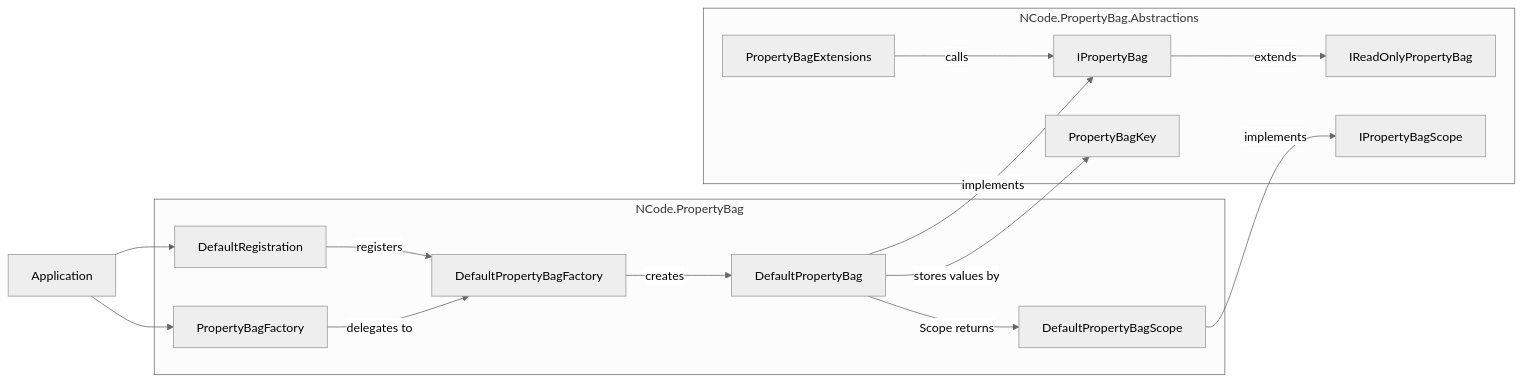
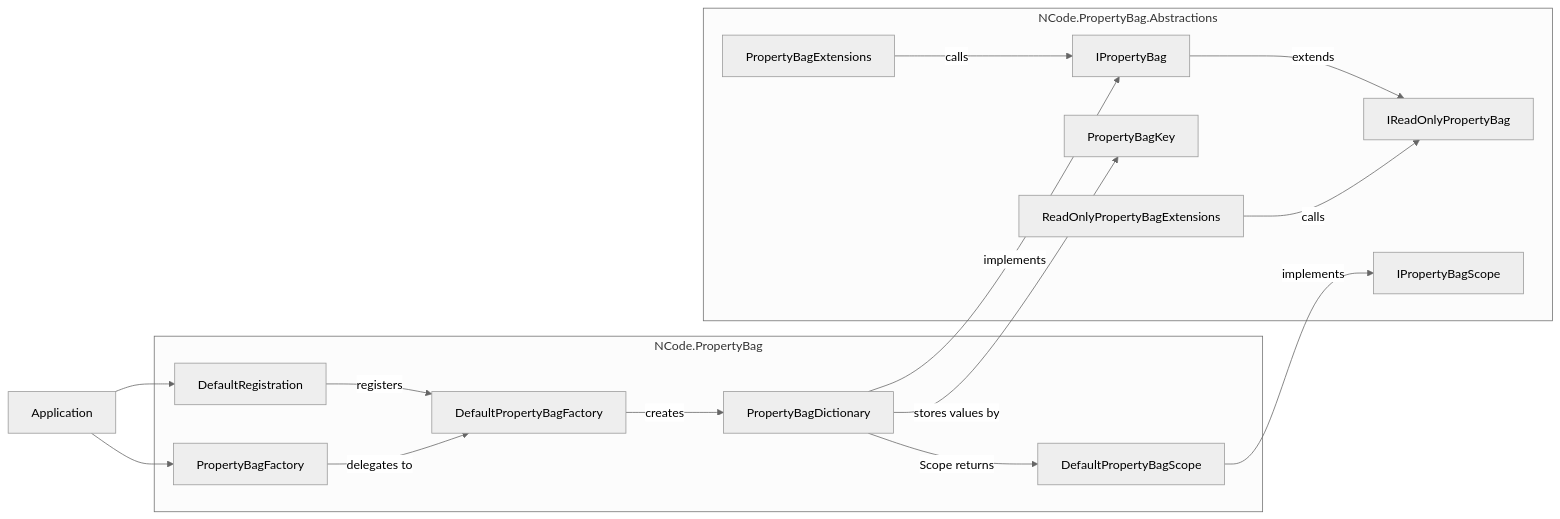
Before and after one commit to NCodeGroup/PropertyBag: the diagram in docs/architecture.md, drawn with Mermaid (neutral theme). The commit also changed other lines of this file and 1 other file, not shown here.

Commit message:
Plan step 30: Update the architecture and assurance docs to 2.0

````diff
--- a/docs/architecture.md
+++ b/docs/architecture.md
@@ -14,29 +14,31 @@
 ```mermaid
 flowchart LR
   subgraph abs["NCode.PropertyBag.Abstractions"]
     IRO[IReadOnlyPropertyBag]
     IPB[IPropertyBag]
     IPS[IPropertyBagScope]
     KEY[PropertyBagKey]
     EXT[PropertyBagExtensions]
+    REXT[ReadOnlyPropertyBagExtensions]
   end
   subgraph impl["NCode.PropertyBag"]
     REG[DefaultRegistration]
     FAC[PropertyBagFactory]
     DFAC[DefaultPropertyBagFactory]
-    BAG[DefaultPropertyBag]
+    BAG[PropertyBagDictionary]
     SCOPE[DefaultPropertyBagScope]
   end
   APP[Application]
   APP --> REG
   APP --> FAC
   REG -->|registers| DFAC
   FAC -->|delegates to| DFAC
   DFAC -->|creates| BAG
   BAG -->|implements| IPB
   IPB -->|extends| IRO
   BAG -->|Scope returns| SCOPE
   SCOPE -->|implements| IPS
   BAG -->|stores values by| KEY
   EXT -->|calls| IPB
+  REXT -->|calls| IRO
 ```
````
